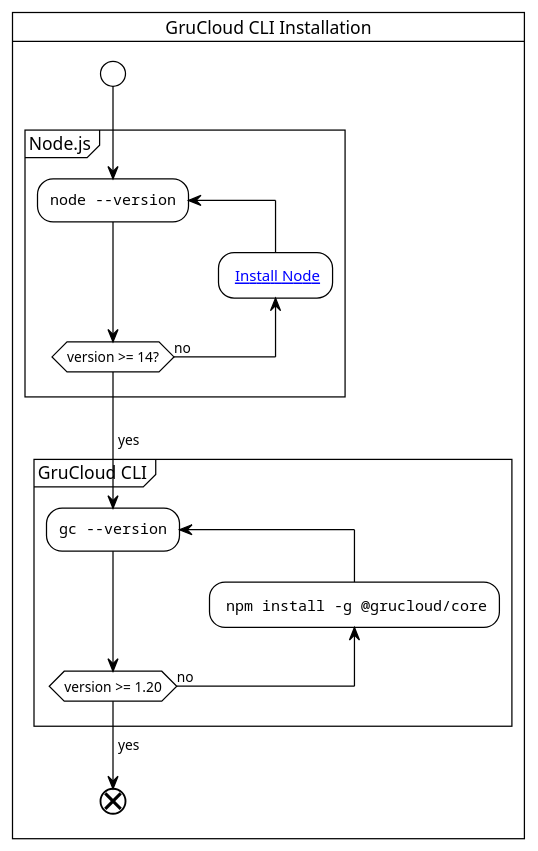
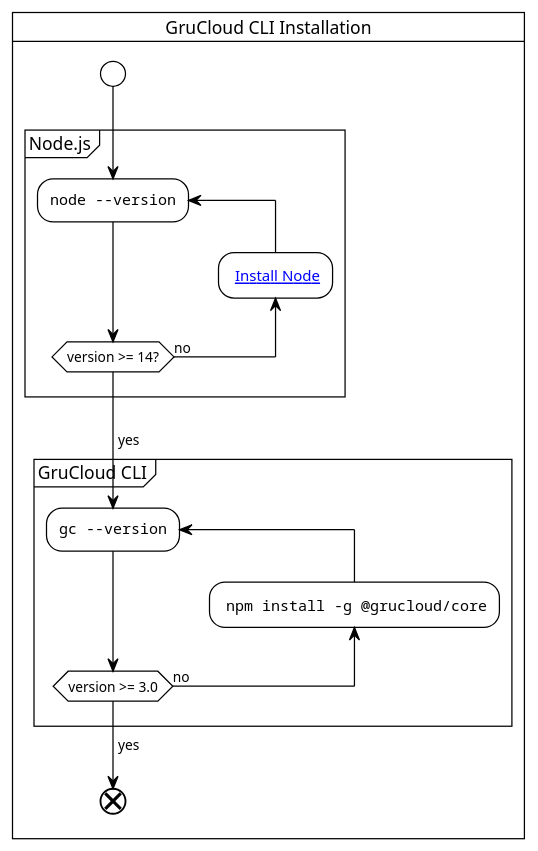
One commit to grucloud/grucloud changed the diagram in docusaurus/plantuml/grucloud-cli-install.puml. Above: the diagram before and after it, drawn with PlantUML. The commit also changed 5 other files, not shown here.

```diff
--- a/docusaurus/plantuml/grucloud-cli-install.puml
+++ b/docusaurus/plantuml/grucloud-cli-install.puml
@@ -1,23 +1,23 @@
 @startuml grucloud-cli-install
 !theme plain
 skinparam svgLinkTarget _blank
 
 
 card "GruCloud CLI Installation"{
 start 
 partition "Node.js" {
 repeat :""node --version"";
 backward: [[https://nodejs.org Install Node]];
 repeat while (version >= 14?) is (no) 
 ->yes;
 }
 
 partition "GruCloud CLI" {
 repeat :""gc --version"";
 backward: ""npm install -g @grucloud/core"";
-repeat while (version >= 1.20) is (no) 
+repeat while (version >= 3.0) is (no) 
 ->yes;
 }
 end
 }
 @enduml
```
